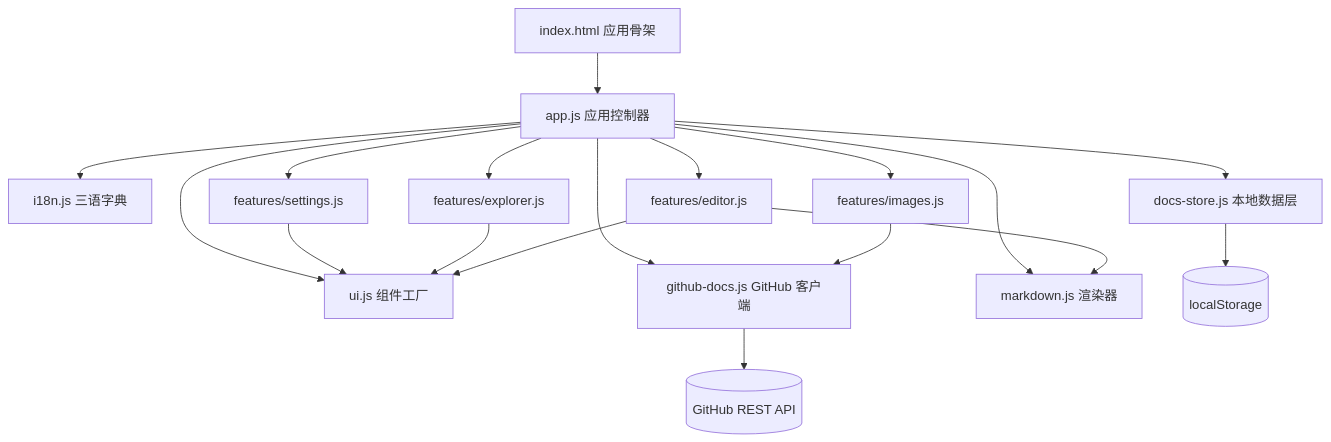
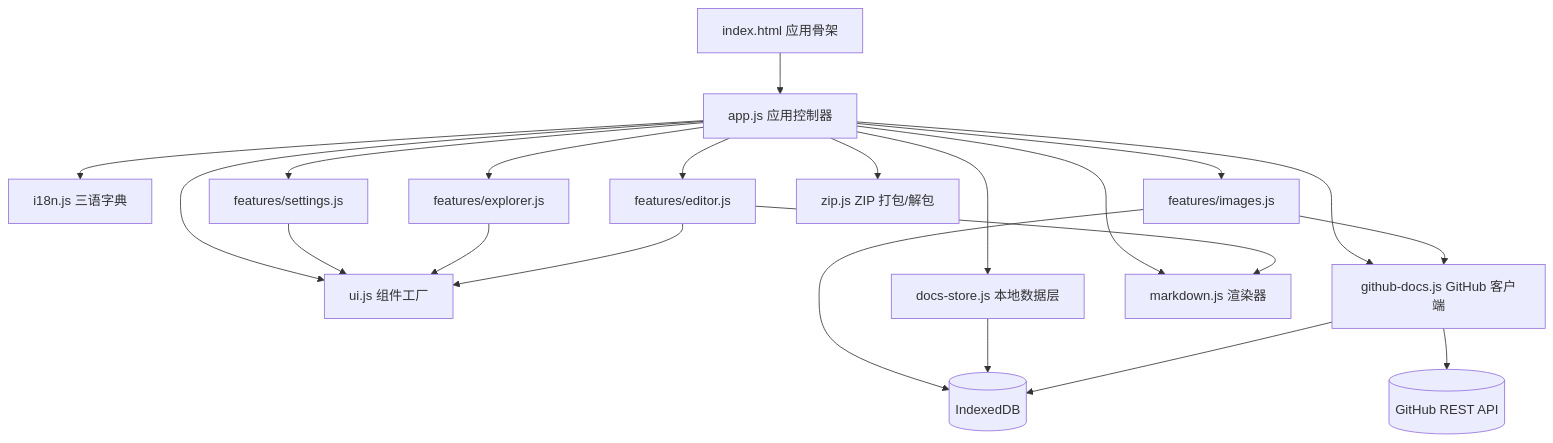
Before and after one commit to Verlif/some-toys: the diagram in pages/tools/like-notes/docs/ARCHITECTURE.md, drawn with Mermaid. The commit also changed other lines of this file and 16 other files, not shown here.

````diff
--- a/pages/tools/like-notes/docs/ARCHITECTURE.md
+++ b/pages/tools/like-notes/docs/ARCHITECTURE.md
@@ -5,20 +5,23 @@
 ```mermaid
 flowchart TB
     HTML[index.html 应用骨架] --> APP[app.js 应用控制器]
     APP --> UI[ui.js 组件工厂]
     APP --> I18N[i18n.js 三语字典]
     APP --> STORE[docs-store.js 本地数据层]
     APP --> API[github-docs.js GitHub 客户端]
     APP --> MD[markdown.js 渲染器]
     APP --> SET[features/settings.js]
     APP --> EXP[features/explorer.js]
     APP --> EDT[features/editor.js]
     APP --> IMG[features/images.js]
     SET --> UI
     EXP --> UI
     EDT --> UI
     EDT --> MD
     IMG --> API
-    STORE --> LS[(localStorage)]
+    IMG --> IDB[(IndexedDB)]
+    STORE --> IDB
+    API --> IDB
+    APP --> ZIP[zip.js ZIP 打包/解包]
     API --> GH[(GitHub REST API)]
 ```
````
